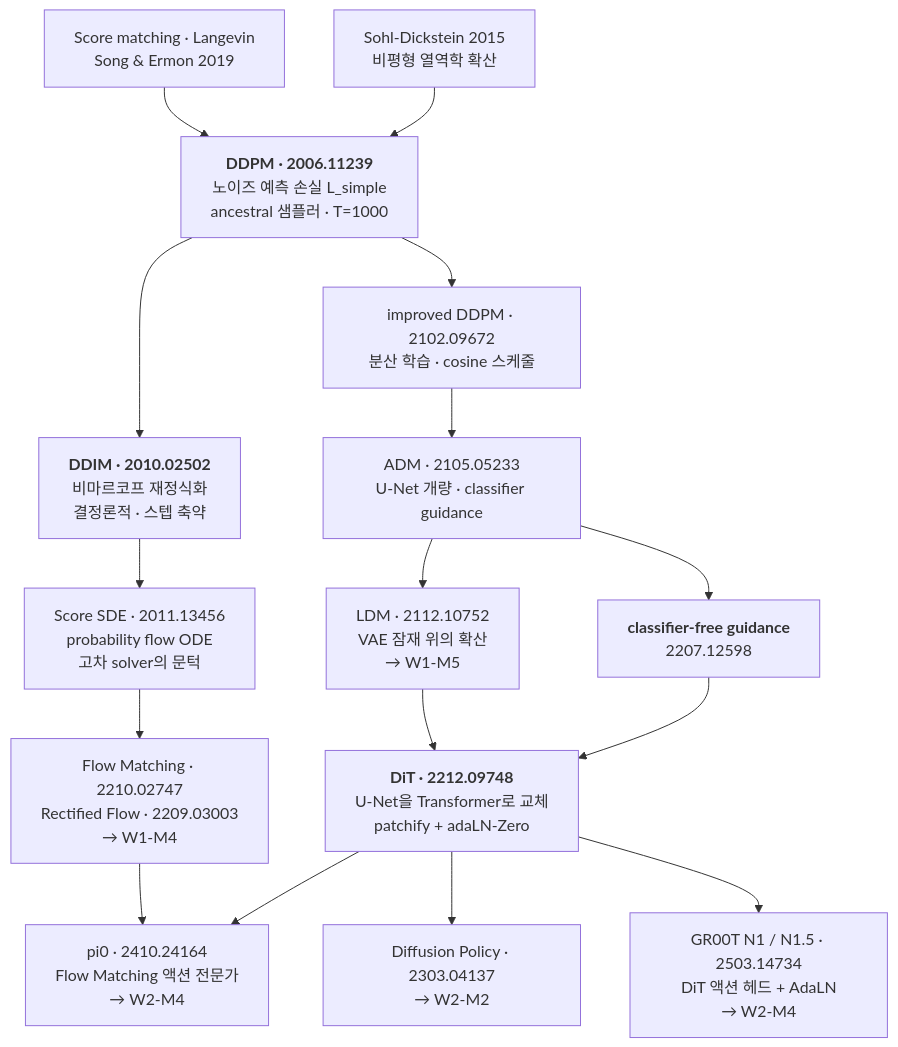
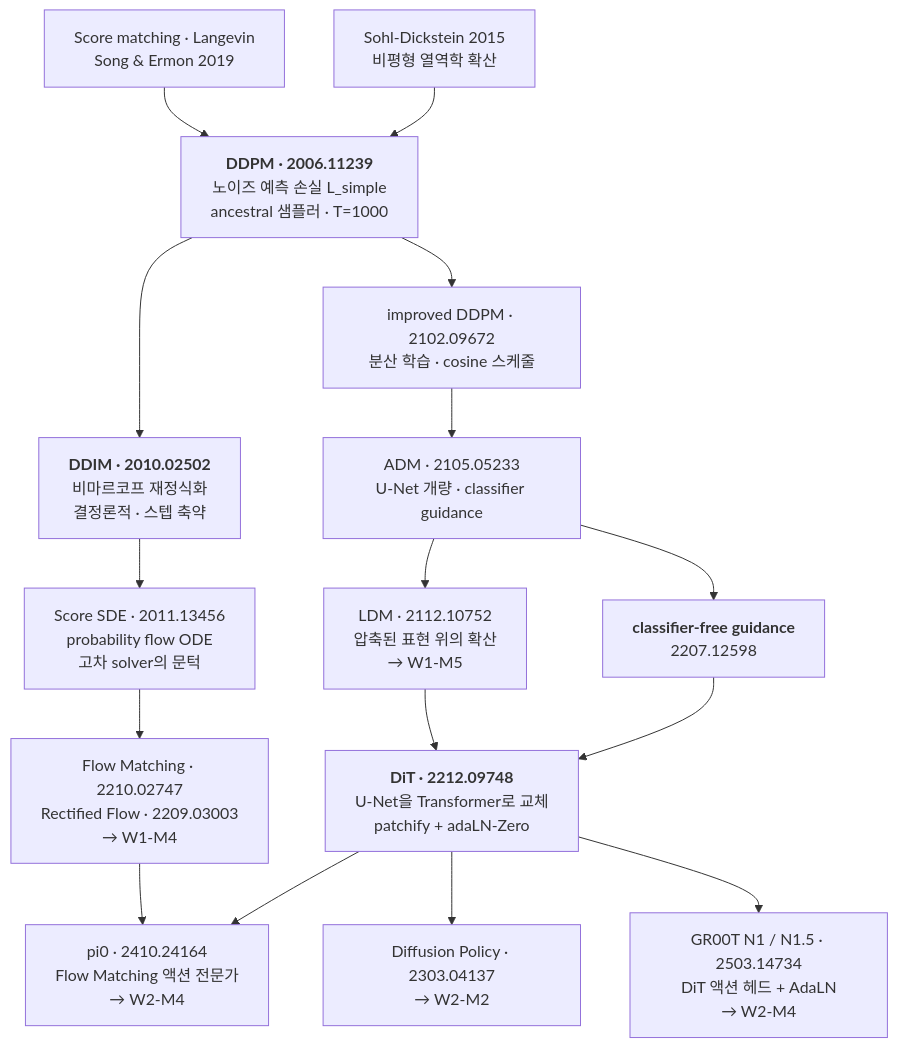
Before and after one commit to sguys99/physical-ai-study: the second of 5 diagrams in course/w1-generative-core/03-diffusion-ddpm-dit/lesson.md, drawn with Mermaid. The commit also changed other lines of this file and 10 other files, not shown here.

````diff
--- a/course/w1-generative-core/03-diffusion-ddpm-dit/lesson.md
+++ b/course/w1-generative-core/03-diffusion-ddpm-dit/lesson.md
@@ -105,18 +130,18 @@
 ```mermaid
 flowchart TB
     SM["Score matching · Langevin<br/>Song & Ermon 2019"] --> DDPM
     SB["Sohl-Dickstein 2015<br/>비평형 열역학 확산"] --> DDPM["<b>DDPM · 2006.11239</b><br/>노이즈 예측 손실 L_simple<br/>ancestral 샘플러 · T=1000"]
     DDPM --> DDIM["<b>DDIM · 2010.02502</b><br/>비마르코프 재정식화<br/>결정론적 · 스텝 축약"]
     DDPM --> IDDPM["improved DDPM · 2102.09672<br/>분산 학습 · cosine 스케줄"]
     IDDPM --> ADM["ADM · 2105.05233<br/>U-Net 개량 · classifier guidance"]
     ADM --> CFG["<b>classifier-free guidance</b><br/>2207.12598"]
     DDIM --> SDE["Score SDE · 2011.13456<br/>probability flow ODE<br/>고차 solver의 문턱"]
-    ADM --> LDM["LDM · 2112.10752<br/>VAE 잠재 위의 확산<br/>→ W1-M5"]
+    ADM --> LDM["LDM · 2112.10752<br/>압축된 표현 위의 확산<br/>→ W1-M5"]
     LDM --> DIT["<b>DiT · 2212.09748</b><br/>U-Net을 Transformer로 교체<br/>patchify + adaLN-Zero"]
     CFG --> DIT
     SDE --> FM["Flow Matching · 2210.02747<br/>Rectified Flow · 2209.03003<br/>→ W1-M4"]
     DIT --> DP["Diffusion Policy · 2303.04137<br/>→ W2-M2"]
     DIT --> GROOT["GR00T N1 / N1.5 · 2503.14734<br/>DiT 액션 헤드 + AdaLN<br/>→ W2-M4"]
     FM --> PI0["pi0 · 2410.24164<br/>Flow Matching 액션 전문가<br/>→ W2-M4"]
     DIT --> PI0
 ```
````
